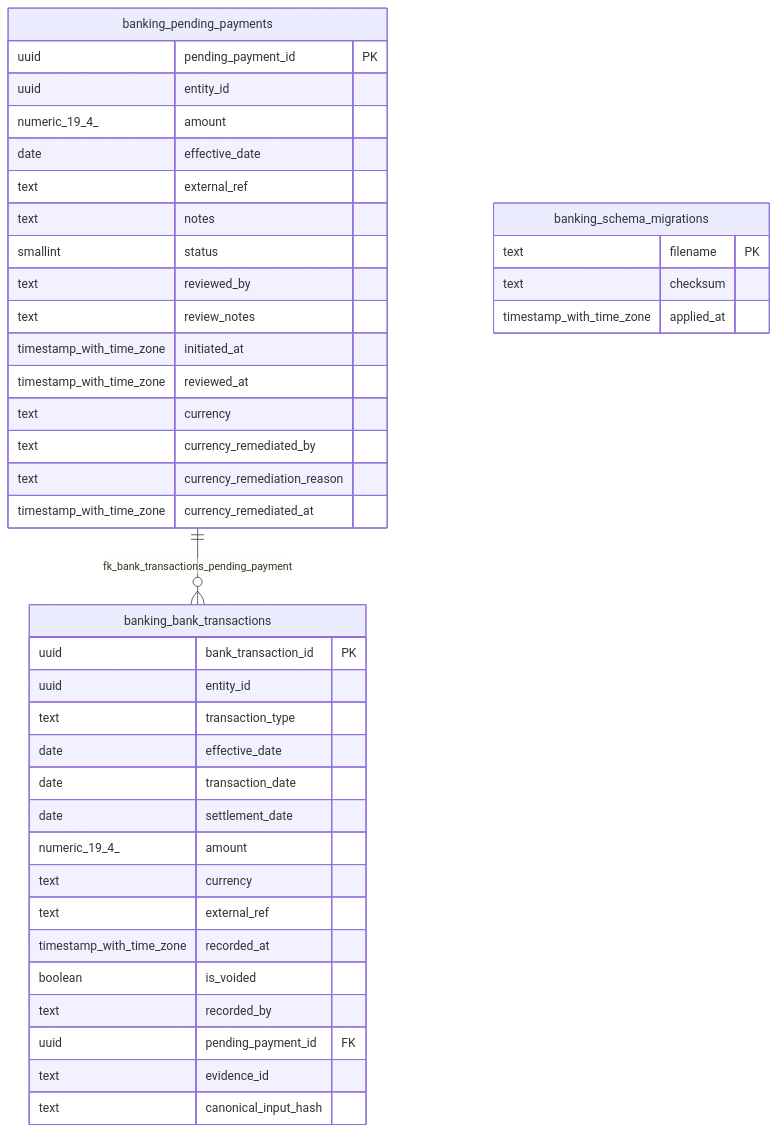
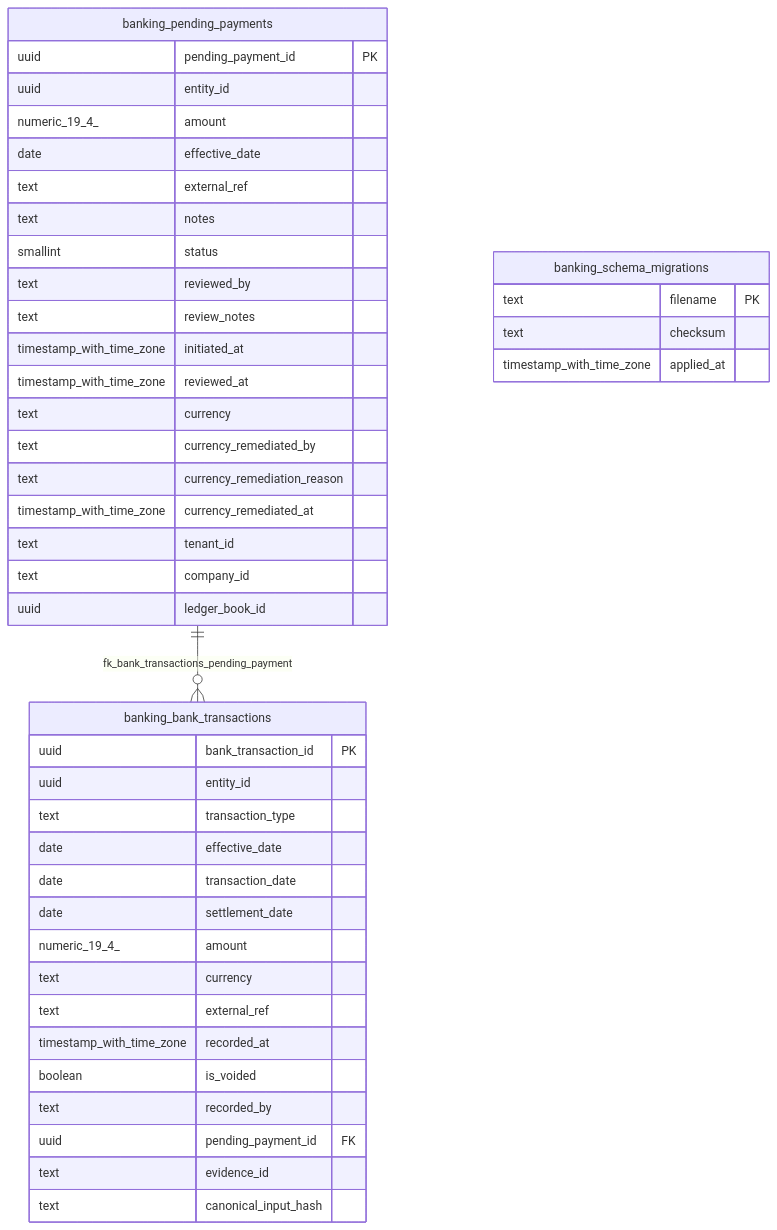
One commit to rodoHasArrived/Meridian-main changed the diagram in docs/generated/database/diagrams/banking.mmd. Above: the diagram before and after it, drawn with Mermaid. The commit also changed 8 other files, not shown here.

First line of the commit message:
chore(schema): promote schema-control artifacts for payment binding and statement scope

```diff
--- a/docs/generated/database/diagrams/banking.mmd
+++ b/docs/generated/database/diagrams/banking.mmd
@@ -1,41 +1,44 @@
 erDiagram
     banking_bank_transactions {
         uuid bank_transaction_id PK
         uuid entity_id
         text transaction_type
         date effective_date
         date transaction_date
         date settlement_date
         numeric_19_4_ amount
         text currency
         text external_ref
         timestamp_with_time_zone recorded_at
         boolean is_voided
         text recorded_by
         uuid pending_payment_id FK
         text evidence_id
         text canonical_input_hash
     }
     banking_pending_payments {
         uuid pending_payment_id PK
         uuid entity_id
         numeric_19_4_ amount
         date effective_date
         text external_ref
         text notes
         smallint status
         text reviewed_by
         text review_notes
         timestamp_with_time_zone initiated_at
         timestamp_with_time_zone reviewed_at
         text currency
         text currency_remediated_by
         text currency_remediation_reason
         timestamp_with_time_zone currency_remediated_at
+        text tenant_id
+        text company_id
+        uuid ledger_book_id
     }
     banking_schema_migrations {
         text filename PK
         text checksum
         timestamp_with_time_zone applied_at
     }
     banking_pending_payments ||--o{ banking_bank_transactions : "fk_bank_transactions_pending_payment"
```
